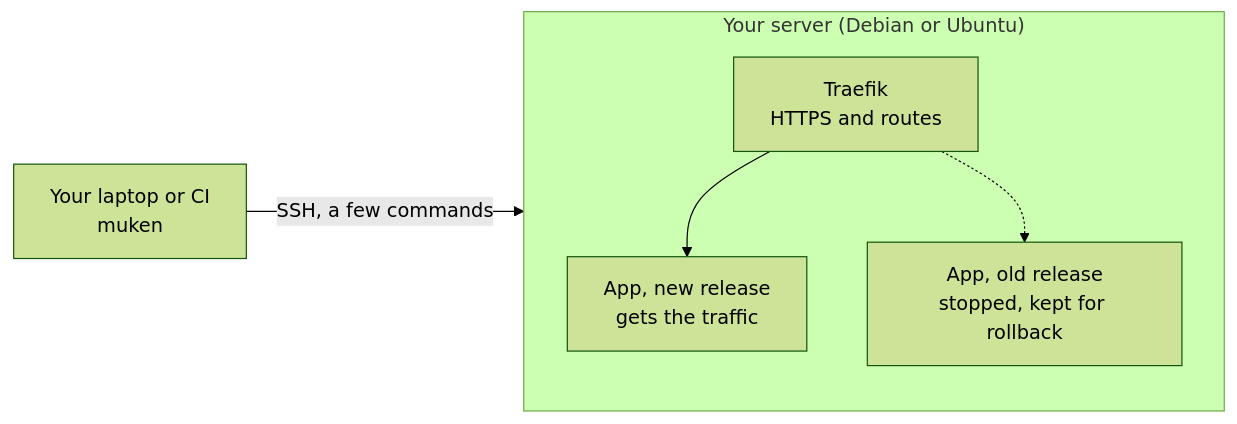
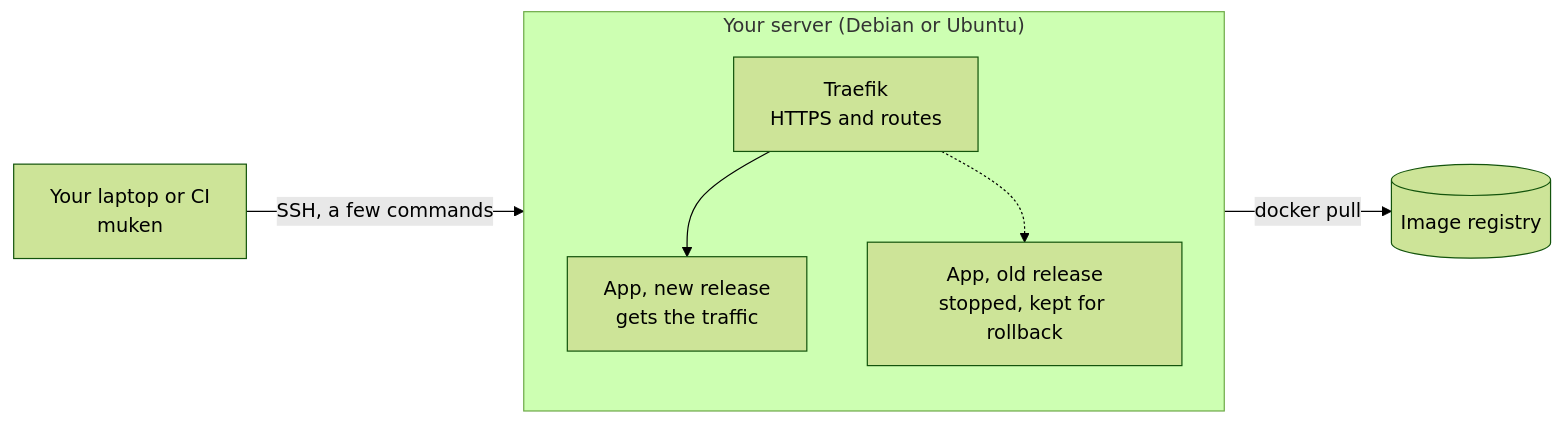
Before and after one commit to shinsenter/muken: the diagram in README.md, drawn with Mermaid (forest theme). The commit also changed other lines of this file and 71 other files, not shown here.

````diff
--- a/README.md
+++ b/README.md
@@ -23,11 +39,12 @@
 ```mermaid
 flowchart LR
     A["Your laptop or CI<br/>muken"] -- "SSH, a few commands" --> S
+    S -- "docker pull" --> R[("Image registry")]
     subgraph S["Your server (Debian or Ubuntu)"]
         T["Traefik<br/>HTTPS and routes"]
         N["App, new release<br/>gets the traffic"]
         O["App, old release<br/>stopped, kept for rollback"]
         T --> N
         T -.-> O
     end
 ```
````
